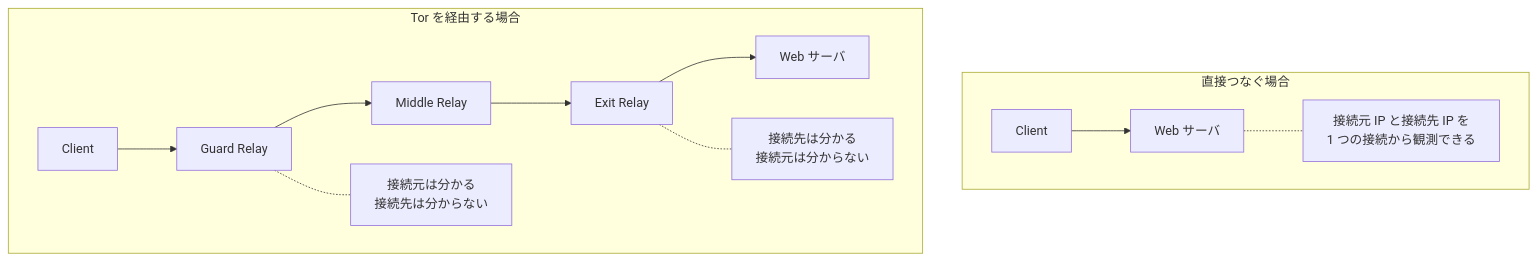
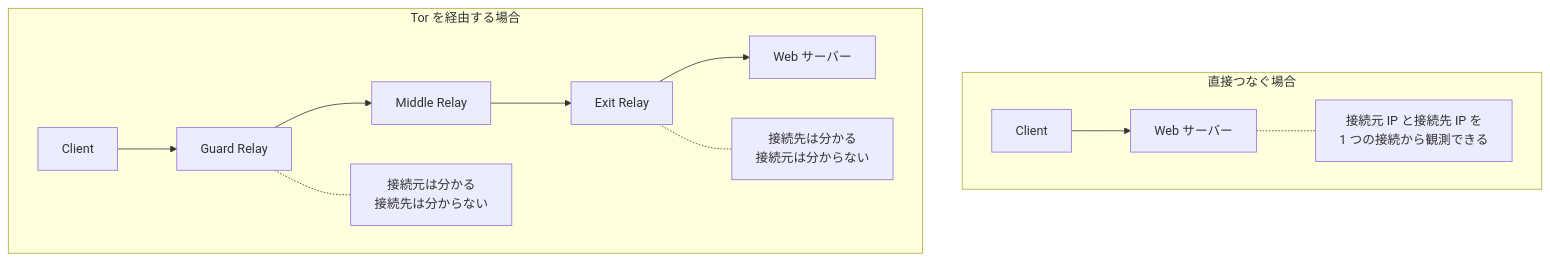
The first of 7 diagrams in content/notes/security/tor/index.md (nao1215/debimate), drawn with Mermaid before and after one commit. The commit also changed other lines of this file and 56 other files, not shown here.

````diff
--- a/content/notes/security/tor/index.md
+++ b/content/notes/security/tor/index.md
@@ -16,12 +16,12 @@
 ```mermaid
 flowchart TB
     subgraph D["直接つなぐ場合"]
-        C1["Client"] --> S1["Web サーバ"]
+        C1["Client"] --> S1["Web サーバー"]
         S1 -.- N1["接続元 IP と接続先 IP を<br/>1 つの接続から観測できる"]
     end
     subgraph T["Tor を経由する場合"]
-        C2["Client"] --> G["Guard Relay"] --> M["Middle Relay"] --> E["Exit Relay"] --> S2["Web サーバ"]
+        C2["Client"] --> G["Guard Relay"] --> M["Middle Relay"] --> E["Exit Relay"] --> S2["Web サーバー"]
         G -.- N2["接続元は分かる<br/>接続先は分からない"]
         E -.- N3["接続先は分かる<br/>接続元は分からない"]
     end
 ```
````
